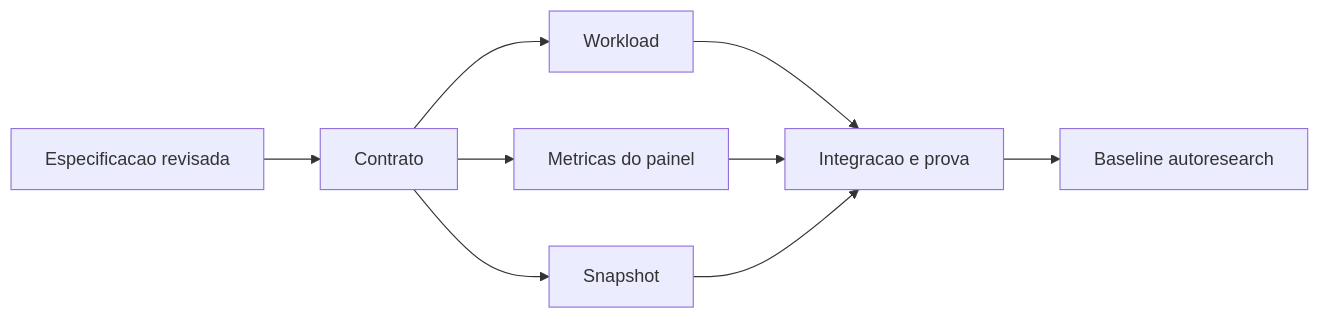
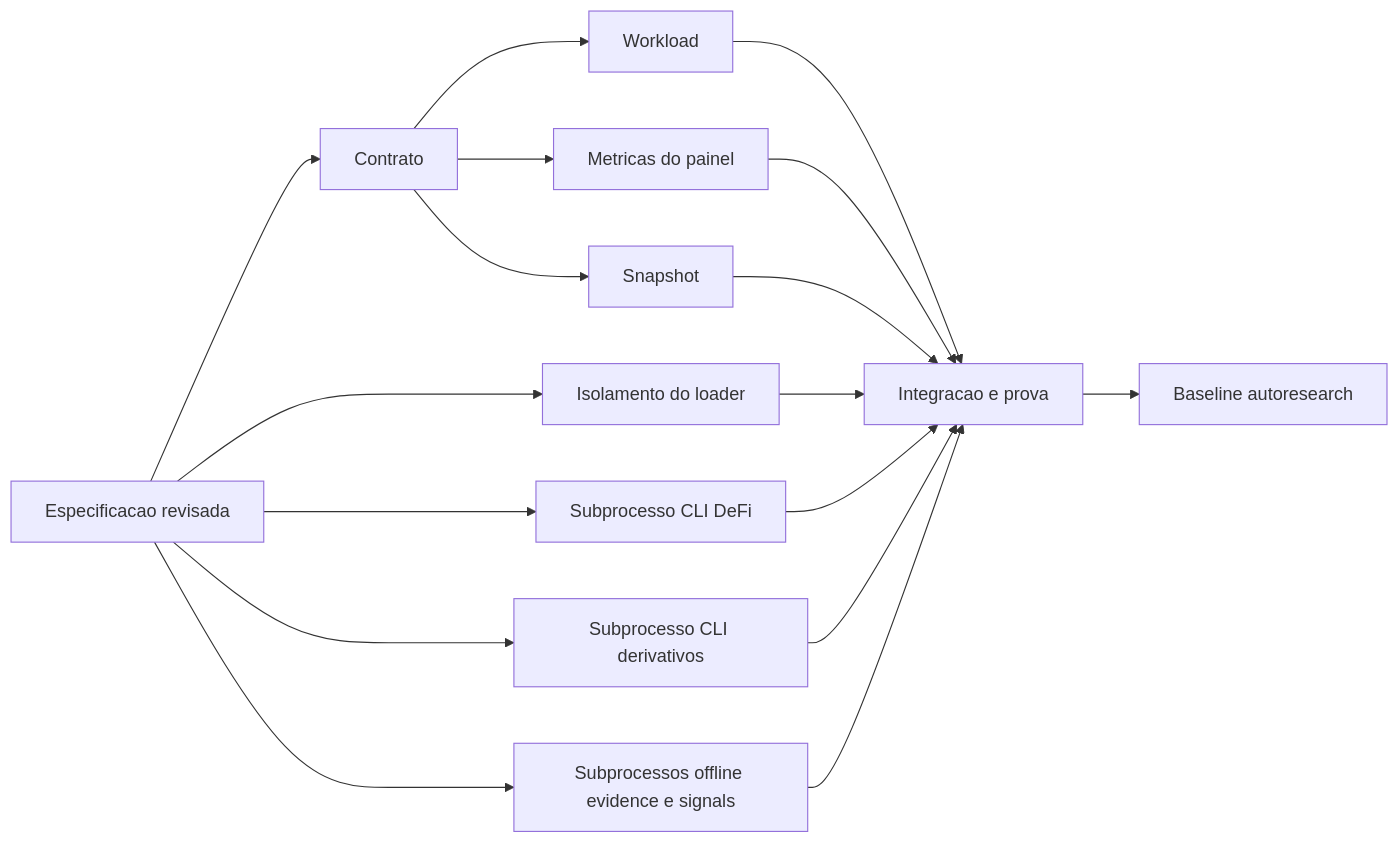
Before and after one commit to ori-inonu/inonu-trader: the diagram in docs/specs/autoresearch-decisoes/tasks.md, drawn with Mermaid. The commit also changed other lines of this file and 8 other files, not shown here.

````diff
--- a/docs/specs/autoresearch-decisoes/tasks.md
+++ b/docs/specs/autoresearch-decisoes/tasks.md
@@ -25,11 +29,19 @@
 ```mermaid
 flowchart LR
   S[Especificacao revisada] --> C[Contrato]
   C --> W[Workload]
   C --> P[Metricas do painel]
   C --> E[Snapshot]
+  S --> GS[Isolamento do loader]
+  S --> GC[Subprocesso CLI DeFi]
+  S --> GD[Subprocesso CLI derivativos]
+  S --> GE[Subprocessos offline evidence e signals]
   W --> V[Integracao e prova]
   P --> V
   E --> V
+  GS --> V
+  GC --> V
+  GD --> V
+  GE --> V
   V --> I[Baseline autoresearch]
 ```
````
